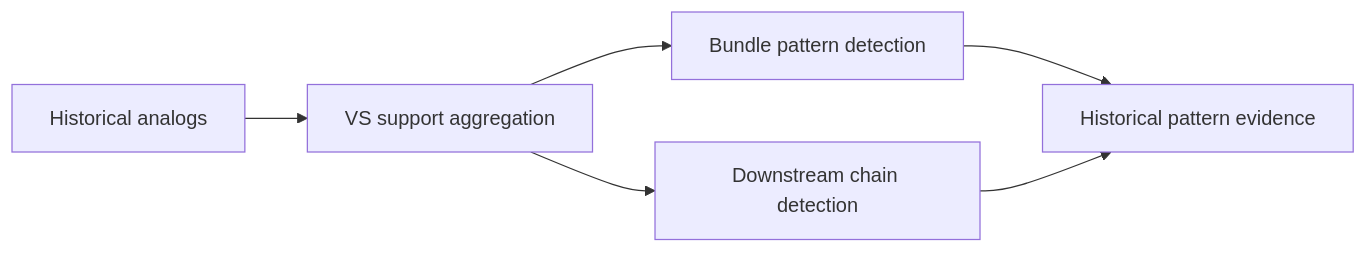
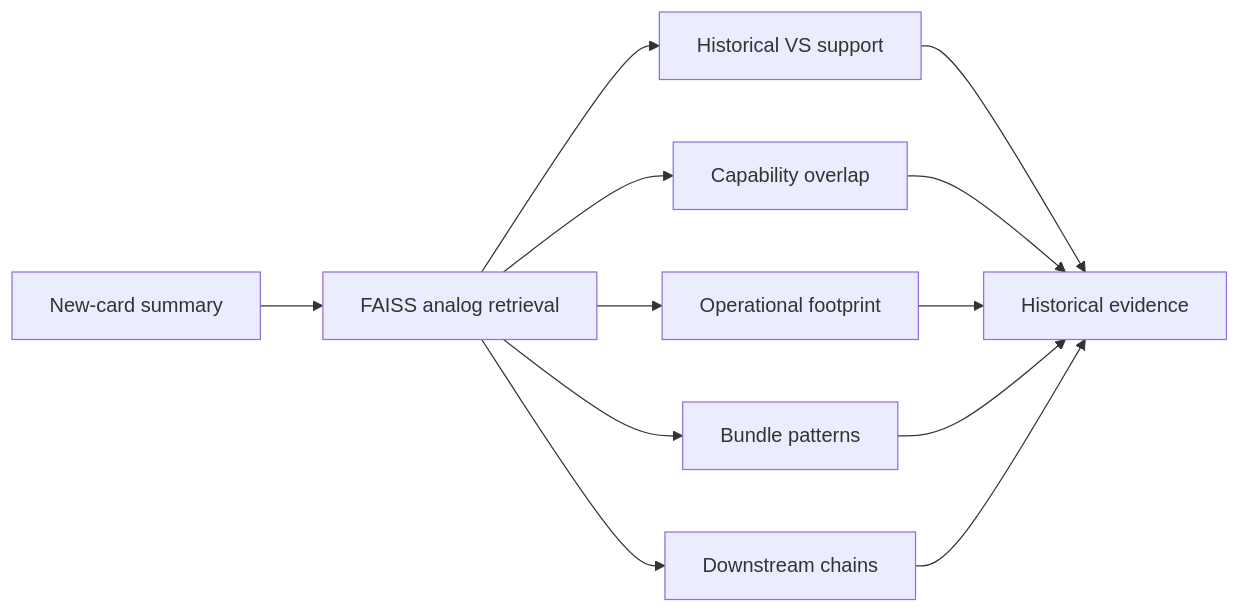
The third of 4 diagrams in architecture.md (Soul-Eater69/rag-summary), drawn with Mermaid before and after one commit. The commit also changed other lines of this file, not shown here.

````diff
--- a/architecture.md
+++ b/architecture.md
@@ -439,8 +817,14 @@
 ```mermaid
 flowchart LR
-    A[Historical analogs] --> B[VS support aggregation]
-    B --> C[Bundle pattern detection]
-    B --> D[Downstream chain detection]
-    C --> E[Historical pattern evidence]
-    D --> E
+    A[New-card summary] --> B[FAISS analog retrieval]
+    B --> C[Historical VS support]
+    B --> D[Capability overlap]
+    B --> E[Operational footprint]
+    B --> F[Bundle patterns]
+    B --> G[Downstream chains]
+    C --> H[Historical evidence]
+    D --> H
+    E --> H
+    F --> H
+    G --> H
 ```
````
